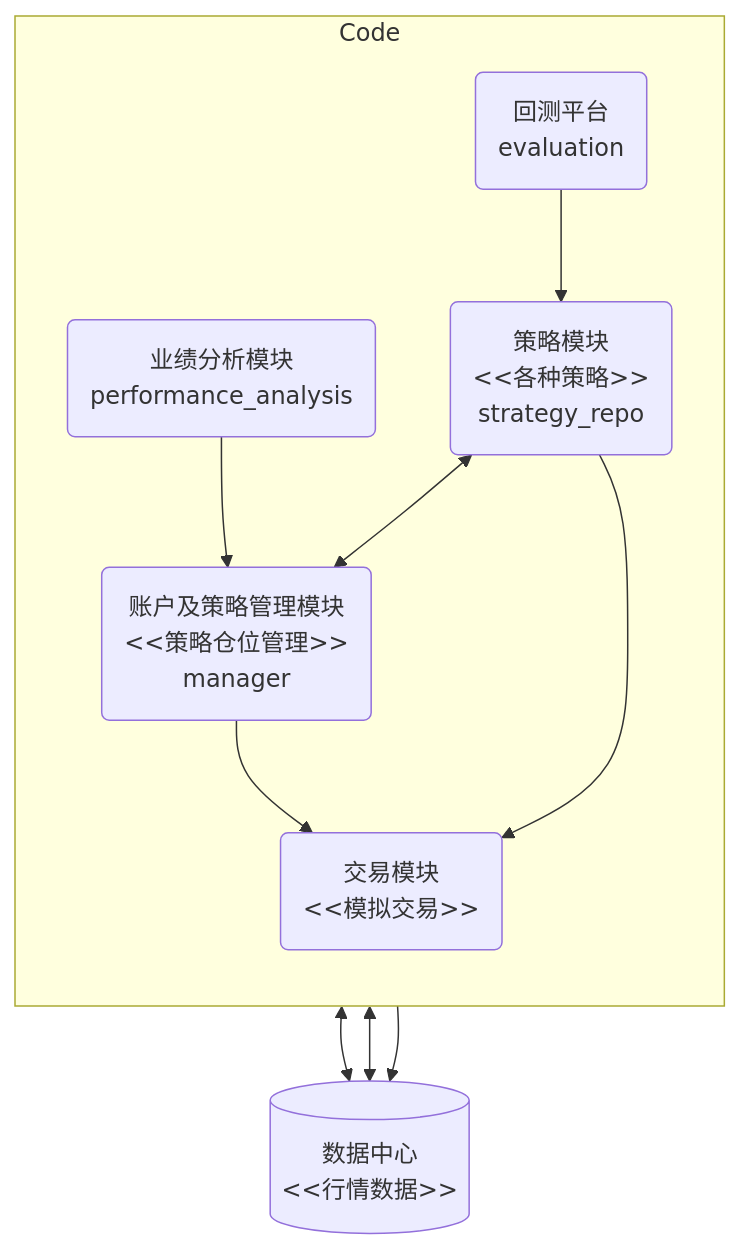
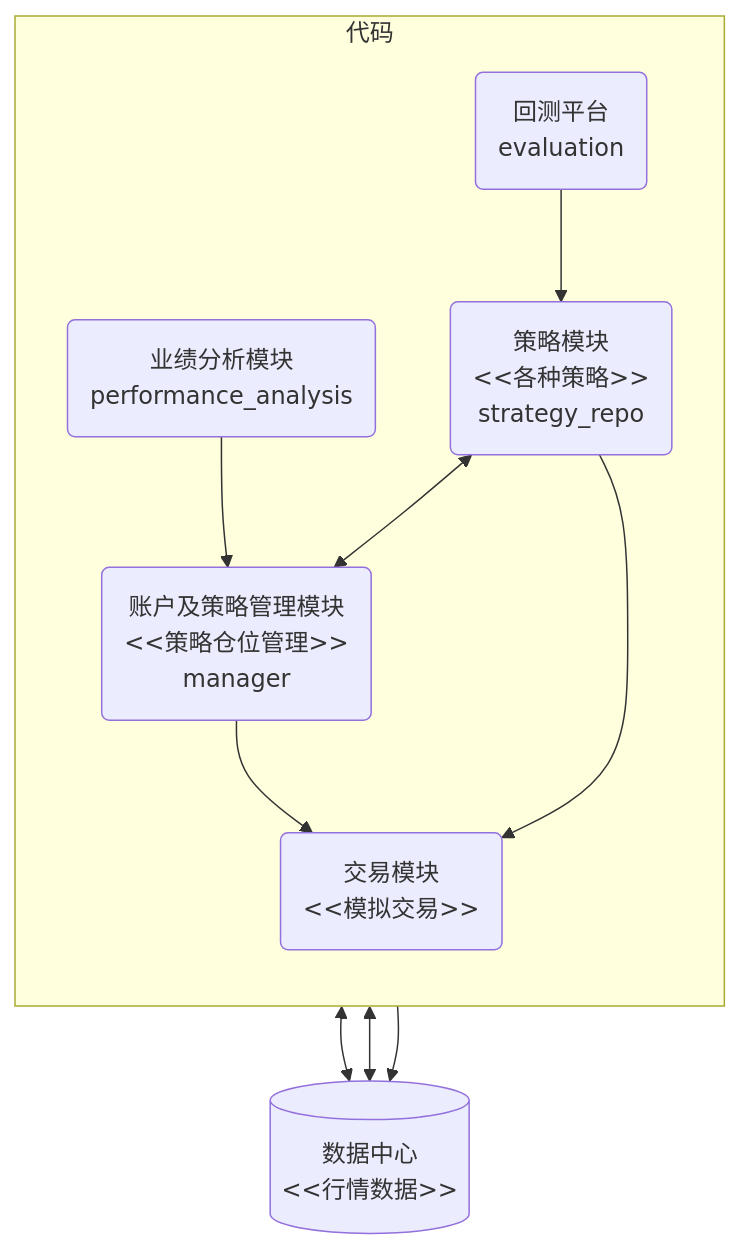
Before and after one commit to hdouhua/pick-up-python: the second of 2 diagrams in inv/methodology/03.md, drawn with Mermaid. The commit also changed other lines of this file and 7 other files, not shown here.

````diff
--- a/inv/methodology/03.md
+++ b/inv/methodology/03.md
@@ -57,34 +59,34 @@
 ```mermaid
 %%{ init: { 'flowchart': { 'curve': 'basis' } } }%%
 flowchart TB
   m1(账户及策略管理模块<br /><<策略仓位管理>><br />manager)
   m2(策略模块<br /><<各种策略>><br />strategy_repo)
   m3(交易模块<br /><<模拟交易>>)
   m4(回测平台<br />evaluation)
   m5(业绩分析模块<br />performance_analysis)
   m6[(数据中心<br /><<行情数据>>)]
 
-subgraph Code
+subgraph 代码
   direction TB
   m1
   m2
   m3
   m4
   m5
 end
 
   %% m5
   m5 <--> m6
   m5 --> m1
 
   %% m4
   m4 <--> m6
   m4 --> m2
 
   %% m2
   m2 <--> m1
   m2 --> m3
 
   m1 --> m3
   m3 --> m6
 ```
````
